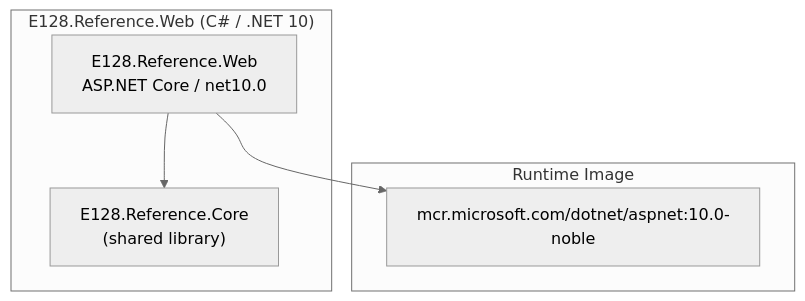
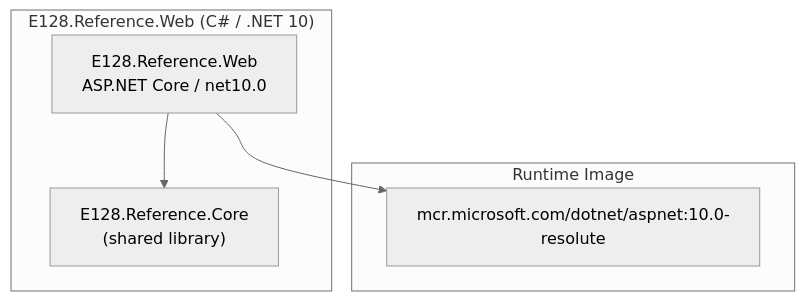
Before and after one commit to e128/dotnet-reference: the diagram in lode/dotnet-reference/dep-map.md, drawn with Mermaid (neutral theme). The commit also changed other lines of this file and 25 other files, not shown here.

````diff
--- a/lode/dotnet-reference/dep-map.md
+++ b/lode/dotnet-reference/dep-map.md
@@ -90,14 +91,14 @@
 ```mermaid
 graph TB
   subgraph repobox["E128.Reference.Web (C# / .NET 10)"]
     web["E128.Reference.Web\nASP.NET Core / net10.0"]
     core["E128.Reference.Core\n(shared library)"]
   end
 
   subgraph runtime["Runtime Image"]
-    img["mcr.microsoft.com/dotnet/aspnet:10.0-noble"]
+    img["mcr.microsoft.com/dotnet/aspnet:10.0-resolute"]
   end
 
   web --> core
   web --> img
 ```
````
